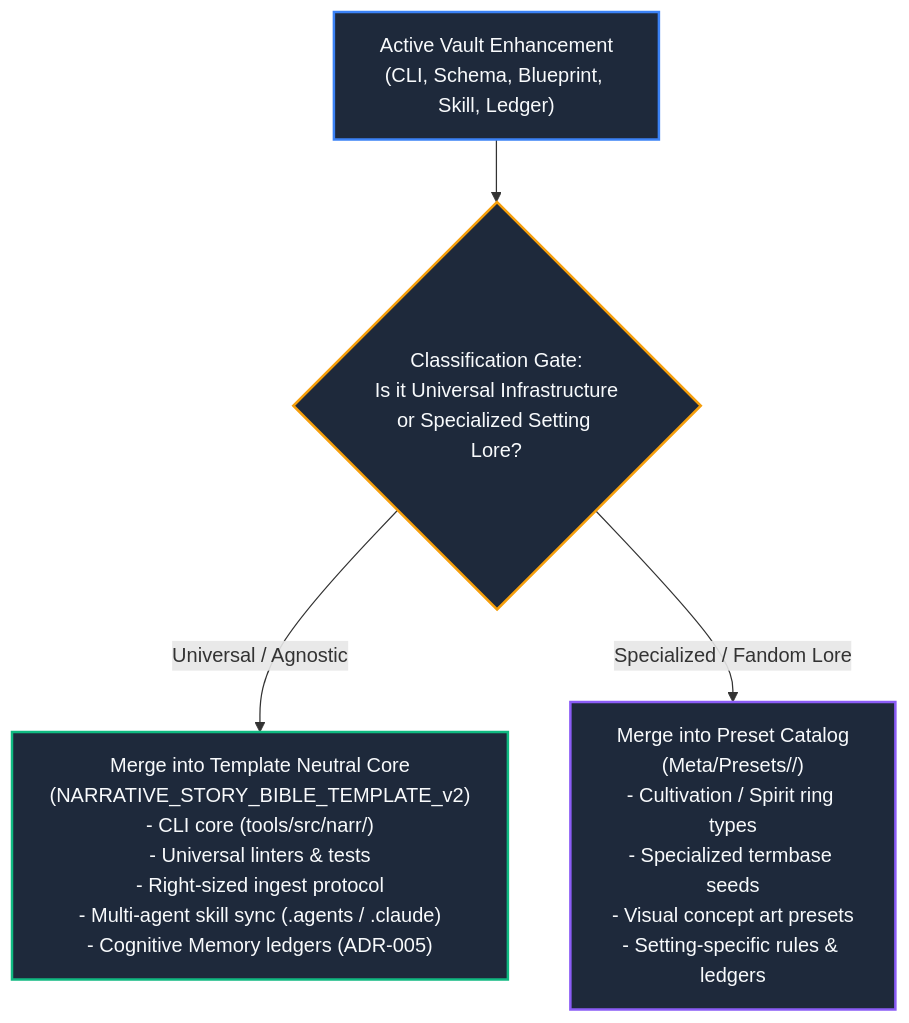
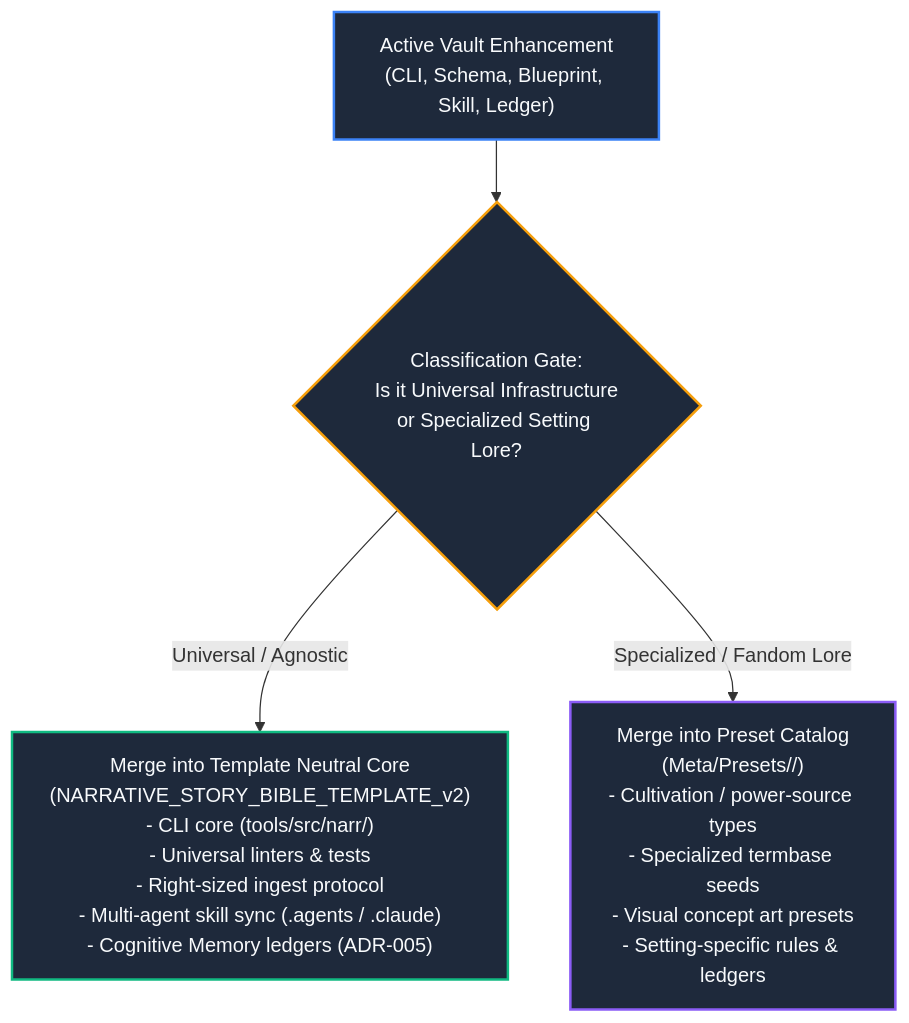
Before and after one commit to Kitsune-27295/narr-vault-template: the diagram in .agents/skills/framework-sync-governance/SKILL.md, drawn with Mermaid. The commit also changed other lines of this file and 86 other files, not shown here.

````diff
--- a/.agents/skills/framework-sync-governance/SKILL.md
+++ b/.agents/skills/framework-sync-governance/SKILL.md
@@ -16,13 +16,13 @@
 ```mermaid
 graph TD
     classDef vaultNode fill:#1e293b,stroke:#3b82f6,stroke-width:2px,color:#f8fafc;
     classDef decisionNode fill:#1e293b,stroke:#f59e0b,stroke-width:2px,color:#f8fafc;
     classDef coreNode fill:#1e293b,stroke:#10b981,stroke-width:2px,color:#f8fafc;
     classDef catalogNode fill:#1e293b,stroke:#8b5cf6,stroke-width:2px,color:#f8fafc;
 
     Change["Active Vault Enhancement\n(CLI, Schema, Blueprint, Skill, Ledger)"]:::vaultNode --> Classify{"Classification Gate:\nIs it Universal Infrastructure\nor Specialized Setting Lore?"}:::decisionNode
 
     Classify --> |Universal / Agnostic| Core["Merge into Template Neutral Core\n(NARRATIVE_STORY_BIBLE_TEMPLATE_v2)\n- CLI core (tools/src/narr/)\n- Universal linters & tests\n- Right-sized ingest protocol\n- Multi-agent skill sync (.agents / .claude)\n- Cognitive Memory ledgers (ADR-005)"]:::coreNode
 
-    Classify --> |Specialized / Fandom Lore| Catalog["Merge into Preset Catalog\n(Meta/Presets/<fandom>/)\n- Cultivation / Spirit ring types\n- Specialized termbase seeds\n- Visual concept art presets\n- Setting-specific rules & ledgers"]:::catalogNode
+    Classify --> |Specialized / Fandom Lore| Catalog["Merge into Preset Catalog\n(Meta/Presets/<fandom>/)\n- Cultivation / power-source types\n- Specialized termbase seeds\n- Visual concept art presets\n- Setting-specific rules & ledgers"]:::catalogNode
 ```
````
